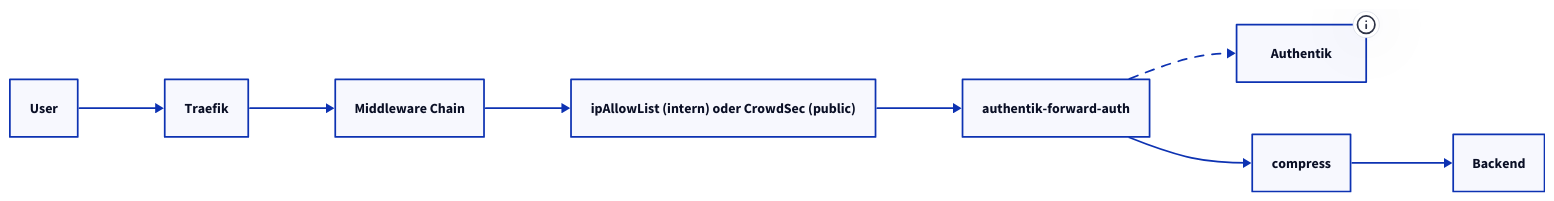
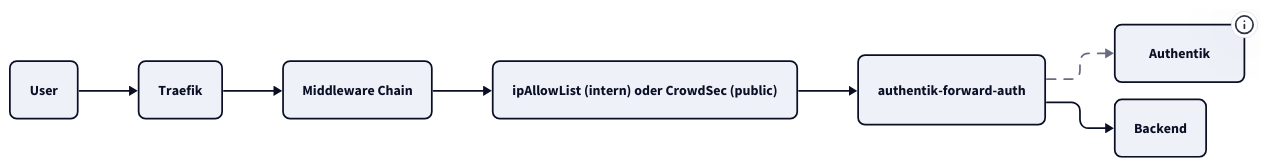
The diagram in docs/traefik/referenz.md (derever-labs/homelab-wiki), drawn with D2 before and after one commit. The commit also changed other lines of this file and 109 other files, not shown here.

````diff
--- a/docs/traefik/referenz.md
+++ b/docs/traefik/referenz.md
@@ -80,20 +84,33 @@
 ```d2
+vars: {
+  d2-config: {
+    theme-id: 1
+    layout-engine: elk
+  }
+}
+
+classes: {
+  node: {
+    style: {
+      border-radius: 8
+    }
+  }
+}
+
 direction: right
 
-User: User
-Traefik: Traefik
-chain: Middleware Chain
-ipcheck: ipAllowList (intern) oder CrowdSec (public)
-fwdauth: authentik-forward-auth
-authentik: Authentik { tooltip: "ForwardAuth /outpost.goauthentik.io/..." }
-compress: compress
-Backend: Backend
+User: User { class: node }
+Traefik: Traefik { class: node }
+chain: Middleware Chain { class: node }
+ipcheck: ipAllowList (intern) oder CrowdSec (public) { class: node }
+fwdauth: authentik-forward-auth { class: node }
+authentik: Authentik { class: node; tooltip: "ForwardAuth /outpost.goauthentik.io/..." }
+Backend: Backend { class: node }
 
 User -> Traefik
 Traefik -> chain
 chain -> ipcheck
 ipcheck -> fwdauth
 fwdauth -> authentik: { style.stroke-dash: 5 }
-fwdauth -> compress
-compress -> Backend
+fwdauth -> Backend
 ```
````
